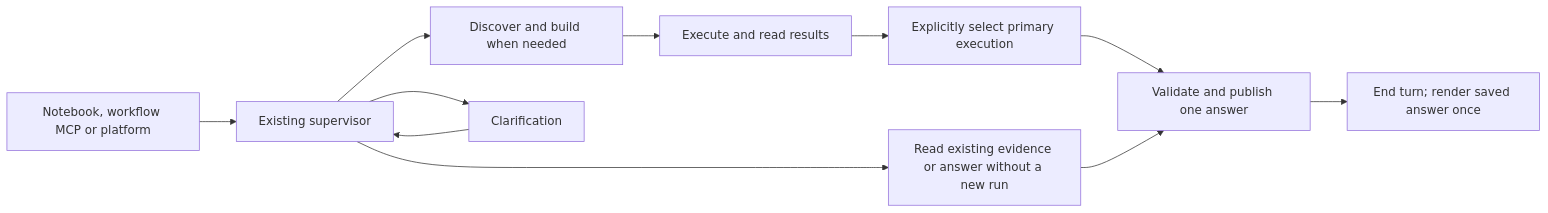
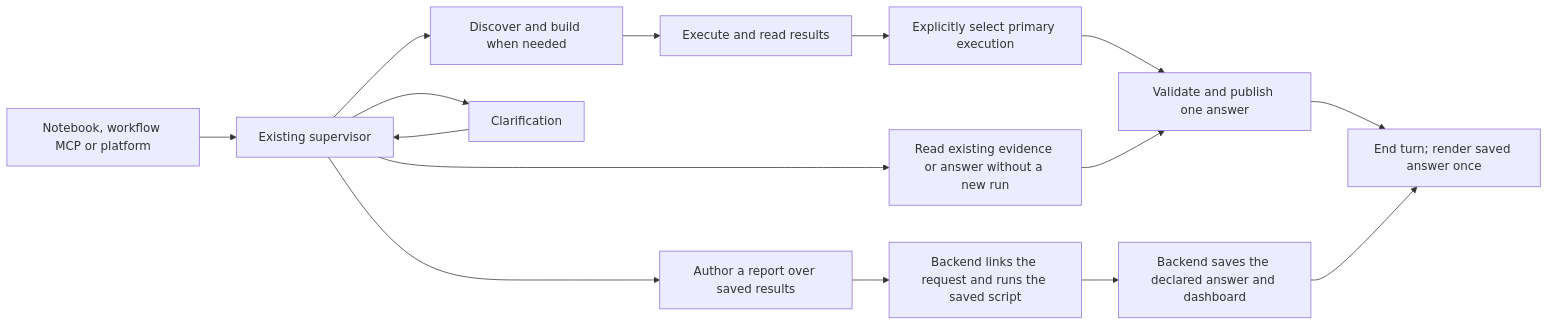
Before and after one commit to EPOCHDevs/EpochSDK: the diagram in docs/research-flow.md, drawn with Mermaid. The commit also changed other lines of this file and 7 other files, not shown here.

Commit message:
feat: reconnect research through Backend-owned native operations

````diff
--- a/docs/research-flow.md
+++ b/docs/research-flow.md
@@ -18,13 +18,17 @@
 ```mermaid
 flowchart LR
     Caller[Notebook, workflow MCP or platform] --> Research[Existing supervisor]
     Research --> Build[Discover and build when needed]
     Build --> Execute[Execute and read results]
     Execute --> Select[Explicitly select primary execution]
     Research --> Explain[Read existing evidence or answer without a new run]
     Select --> Publish[Validate and publish one answer]
     Explain --> Publish
     Publish --> End[End turn; render saved answer once]
     Research --> Questions[Clarification]
     Questions --> Research
+    Research --> Extension[Author a report over saved results]
+    Extension --> Native[Backend links the request and runs the saved script]
+    Native --> NativeSave[Backend saves the declared answer and dashboard]
+    NativeSave --> End
 ```
````
